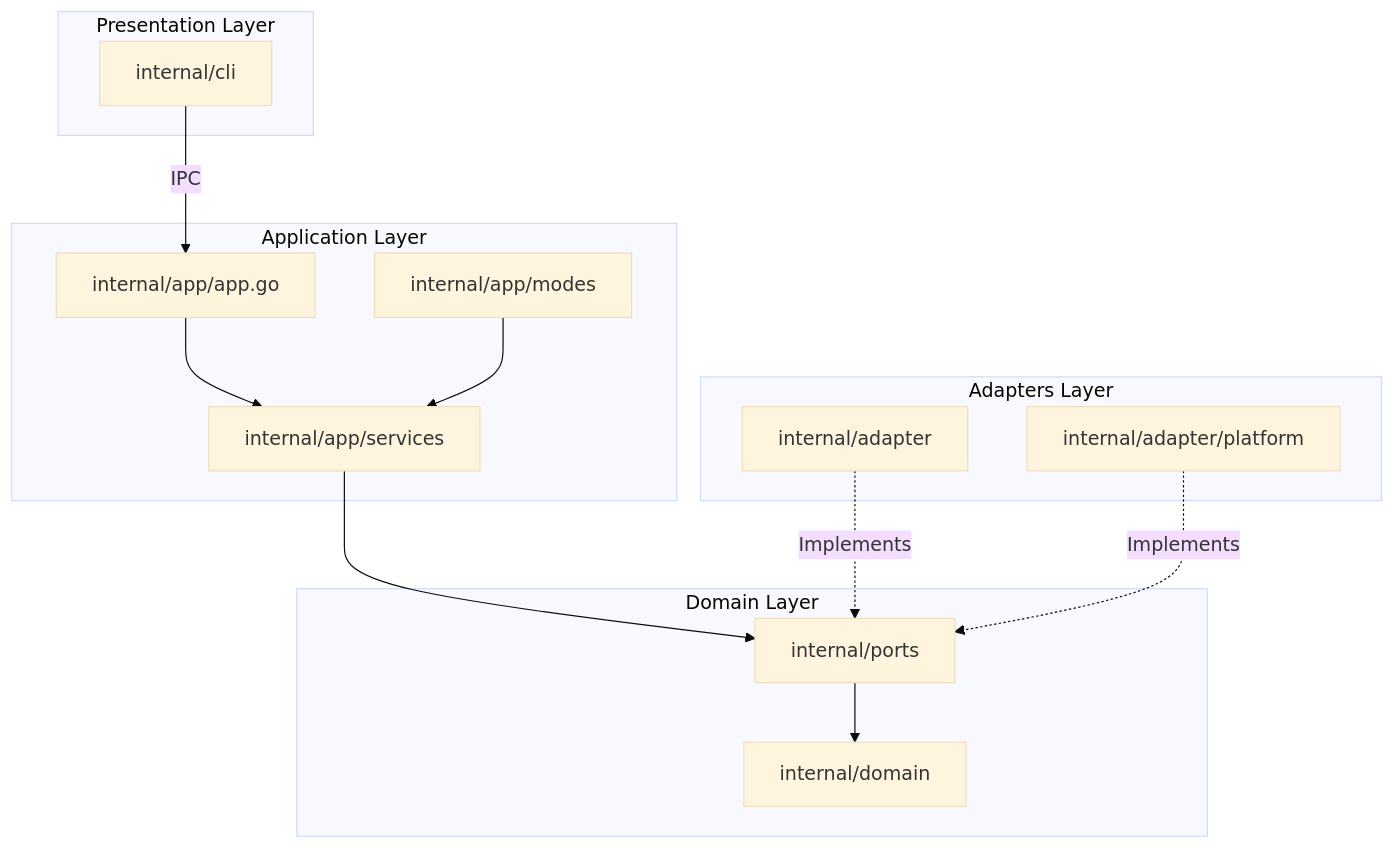
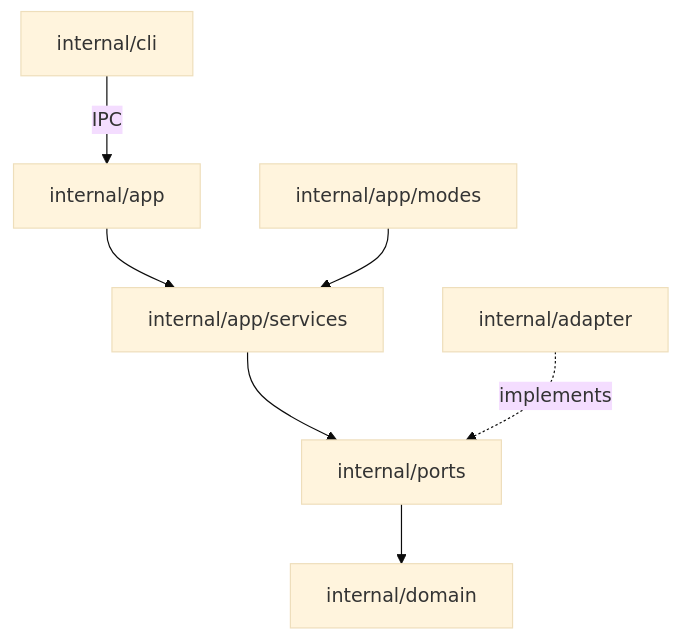
Before and after one commit to y3owk1n/neru: the diagram in docs/contributing/architecture.md, drawn with Mermaid (base theme). The commit also changed other lines of this file and 26 other files, not shown here.

````diff
--- a/docs/contributing/architecture.md
+++ b/docs/contributing/architecture.md
@@ -113,30 +81,9 @@
 ```mermaid
 graph TD
-    subgraph "Presentation Layer"
-        CLI[internal/cli]
-    end
-
-    subgraph "Application Layer"
-        App[internal/app/app.go]
-        Modes[internal/app/modes]
-        Services[internal/app/services]
-    end
-
-    subgraph "Domain Layer"
-        Ports[internal/ports]
-        Domain[internal/domain]
-    end
-
-    subgraph "Adapters Layer"
-        Adapters[internal/adapter]
-        Platform[internal/adapter/platform]
-    end
-
-    CLI -->|IPC| App
-    App --> Services
-    Modes --> Services
-    Services --> Ports
-    Ports --> Domain
-    Adapters -.->|Implements| Ports
-    Platform -.->|Implements| Ports
+    CLI[internal/cli] -->|IPC| App[internal/app]
+    App --> Services[internal/app/services]
+    Modes[internal/app/modes] --> Services
+    Services --> Ports[internal/ports]
+    Ports --> Domain[internal/domain]
+    Adapters[internal/adapter] -.->|implements| Ports
 ```
````
